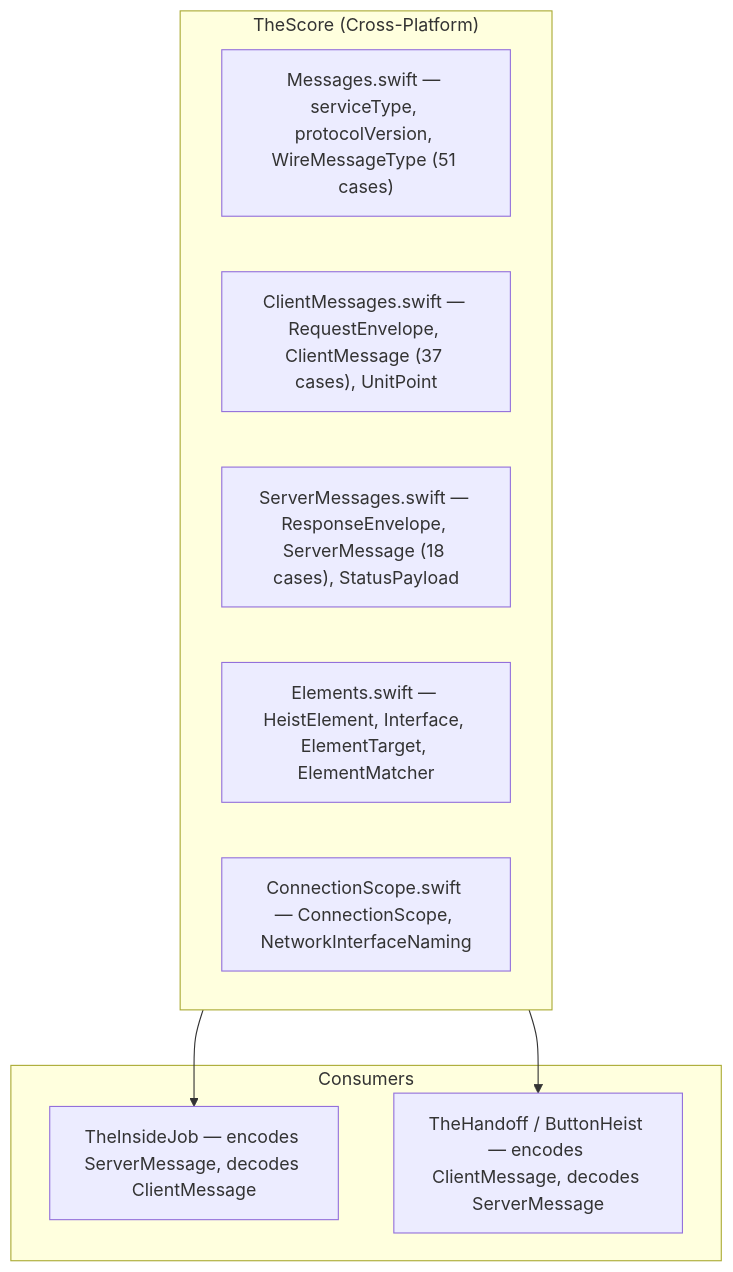
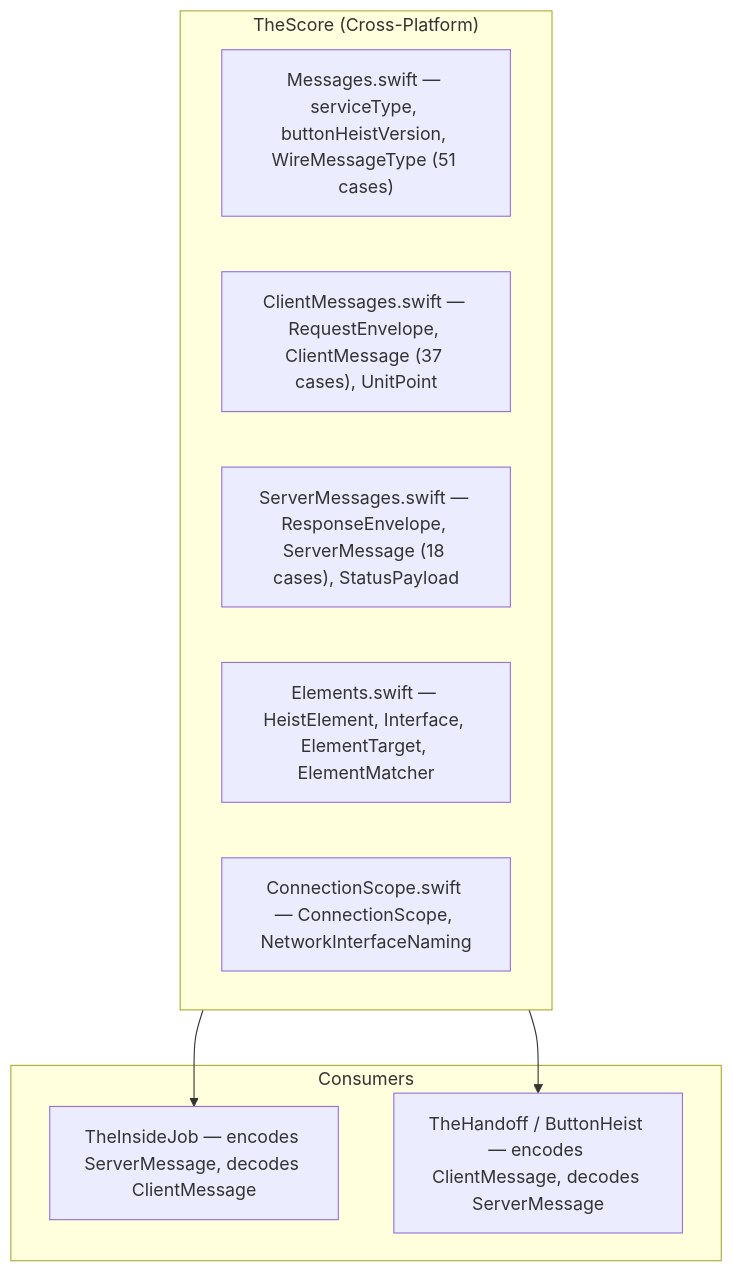
One commit to RoyalPineapple/TheButtonHeist changed the first of 7 diagrams in docs/dossiers/18-THESCORE.md. Above: the diagram before and after it, drawn with Mermaid. The commit also changed other lines of this file and 19 other files, not shown here.

First line of the commit message:
Drop separate protocolVersion; unify on buttonHeistVersion

````diff
--- a/docs/dossiers/18-THESCORE.md
+++ b/docs/dossiers/18-THESCORE.md
@@ -43,18 +43,18 @@
 ```mermaid
 graph TD
     subgraph TheScore["TheScore (Cross-Platform)"]
-        Messages["Messages.swift — serviceType, protocolVersion, WireMessageType (51 cases)"]
+        Messages["Messages.swift — serviceType, buttonHeistVersion, WireMessageType (51 cases)"]
         Client["ClientMessages.swift — RequestEnvelope, ClientMessage (37 cases), UnitPoint"]
         Server["ServerMessages.swift — ResponseEnvelope, ServerMessage (18 cases), StatusPayload"]
         Elements["Elements.swift — HeistElement, Interface, ElementTarget, ElementMatcher"]
         ConnScope["ConnectionScope.swift — ConnectionScope, NetworkInterfaceNaming"]
     end
 
     subgraph Consumers["Consumers"]
         TheInsideJob["TheInsideJob — encodes ServerMessage, decodes ClientMessage"]
         TH["TheHandoff / ButtonHeist — encodes ClientMessage, decodes ServerMessage"]
     end
 
     TheScore --> TheInsideJob
     TheScore --> TH
 ```
````
